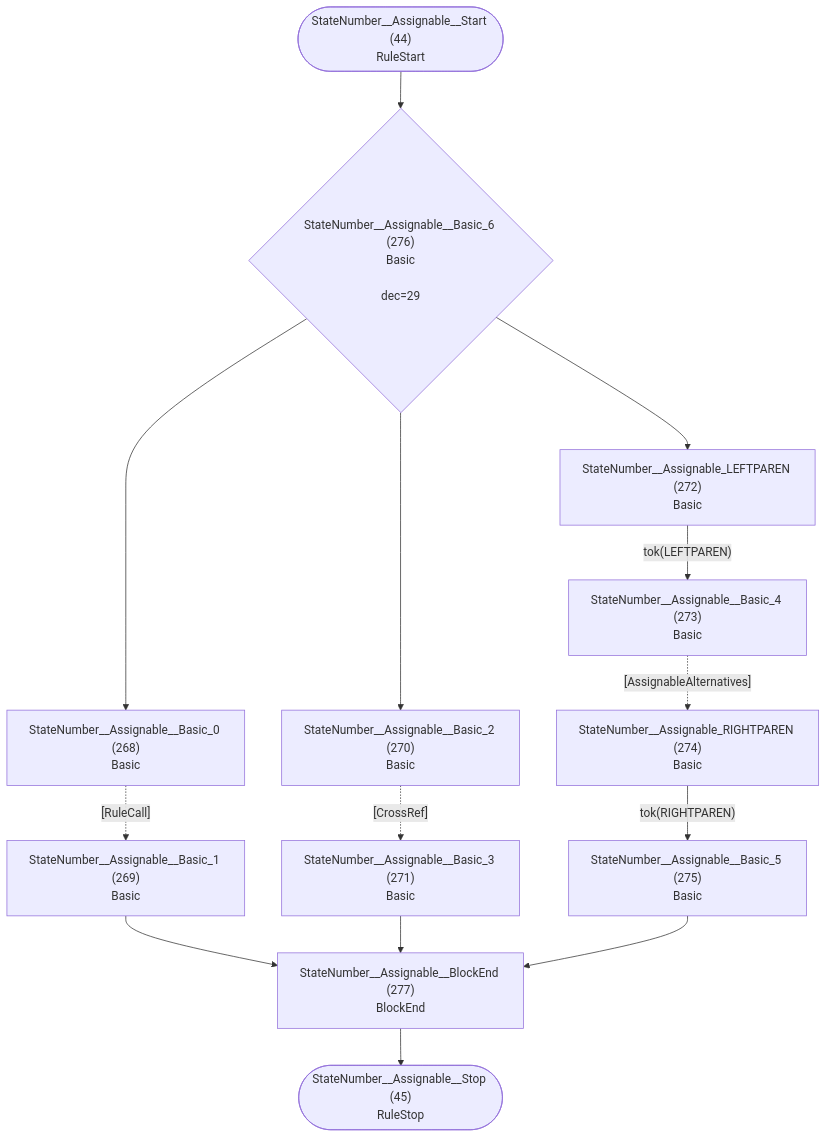
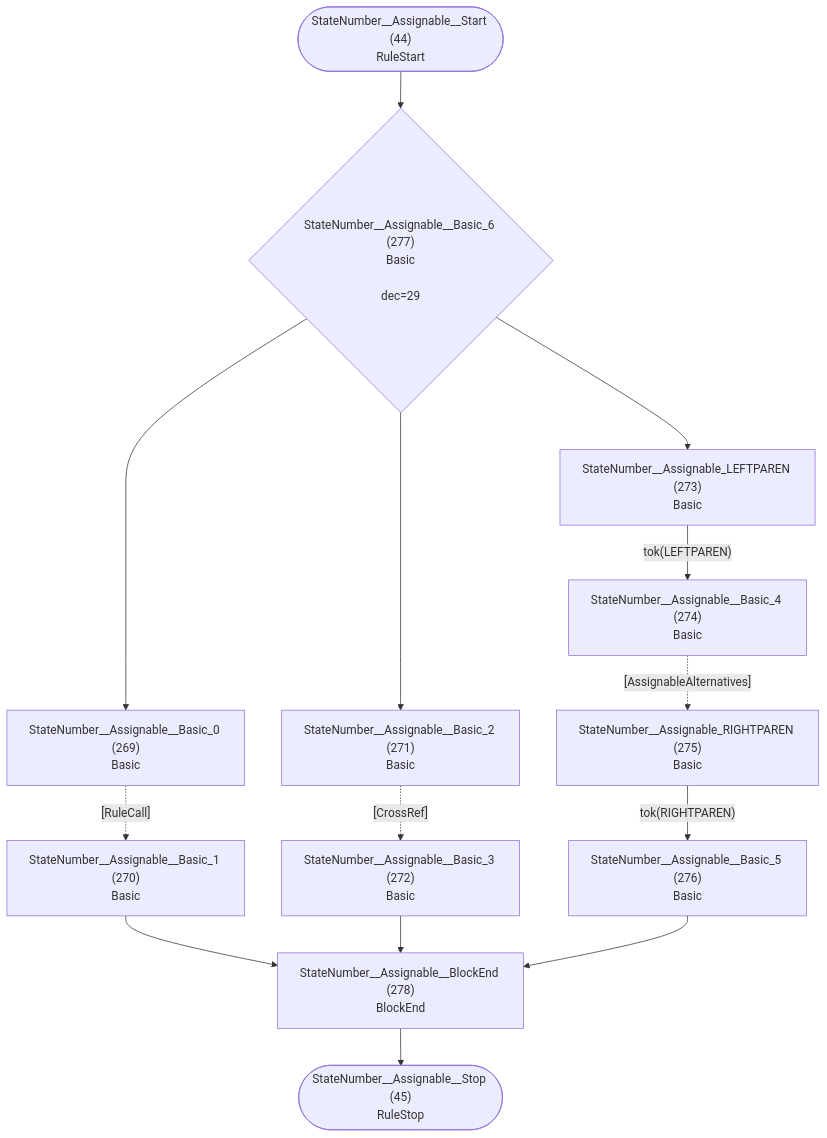
Diagram 23 of 32 in internal/grammar/atn.md (TypeFox/fastbelt), drawn with Mermaid before and after one commit. The commit also changed other lines of this file and 6 other files, not shown here.

````diff
--- a/internal/grammar/atn.md
+++ b/internal/grammar/atn.md
@@ -675,29 +677,29 @@
 ```mermaid
 flowchart TD
     q44(["StateNumber__Assignable__Start (44)<br/>RuleStart"])
     q45(["StateNumber__Assignable__Stop (45)<br/>RuleStop"])
-    q268["StateNumber__Assignable__Basic_0 (268)<br/>Basic<br/>"]
-    q269["StateNumber__Assignable__Basic_1 (269)<br/>Basic<br/>"]
-    q270["StateNumber__Assignable__Basic_2 (270)<br/>Basic<br/>"]
-    q271["StateNumber__Assignable__Basic_3 (271)<br/>Basic<br/>"]
-    q272["StateNumber__Assignable_LEFTPAREN (272)<br/>Basic<br/>"]
-    q273["StateNumber__Assignable__Basic_4 (273)<br/>Basic<br/>"]
-    q274["StateNumber__Assignable_RIGHTPAREN (274)<br/>Basic<br/>"]
-    q275["StateNumber__Assignable__Basic_5 (275)<br/>Basic<br/>"]
-    q276{"StateNumber__Assignable__Basic_6 (276)<br/>Basic<br/><br/>dec=29"}
-    q277["StateNumber__Assignable__BlockEnd (277)<br/>BlockEnd<br/>"]
+    q269["StateNumber__Assignable__Basic_0 (269)<br/>Basic<br/>"]
+    q270["StateNumber__Assignable__Basic_1 (270)<br/>Basic<br/>"]
+    q271["StateNumber__Assignable__Basic_2 (271)<br/>Basic<br/>"]
+    q272["StateNumber__Assignable__Basic_3 (272)<br/>Basic<br/>"]
+    q273["StateNumber__Assignable_LEFTPAREN (273)<br/>Basic<br/>"]
+    q274["StateNumber__Assignable__Basic_4 (274)<br/>Basic<br/>"]
+    q275["StateNumber__Assignable_RIGHTPAREN (275)<br/>Basic<br/>"]
+    q276["StateNumber__Assignable__Basic_5 (276)<br/>Basic<br/>"]
+    q277{"StateNumber__Assignable__Basic_6 (277)<br/>Basic<br/><br/>dec=29"}
+    q278["StateNumber__Assignable__BlockEnd (278)<br/>BlockEnd<br/>"]
 
-    q44 --> q276
-    q268 -.->|"[RuleCall]"| q269
-    q269 --> q277
-    q270 -.->|"[CrossRef]"| q271
-    q271 --> q277
-    q272 -->|"tok(LEFTPAREN)"| q273
-    q273 -.->|"[AssignableAlternatives]"| q274
-    q274 -->|"tok(RIGHTPAREN)"| q275
-    q275 --> q277
-    q276 --> q268
-    q276 --> q270
-    q276 --> q272
-    q277 --> q45
+    q44 --> q277
+    q269 -.->|"[RuleCall]"| q270
+    q270 --> q278
+    q271 -.->|"[CrossRef]"| q272
+    q272 --> q278
+    q273 -->|"tok(LEFTPAREN)"| q274
+    q274 -.->|"[AssignableAlternatives]"| q275
+    q275 -->|"tok(RIGHTPAREN)"| q276
+    q276 --> q278
+    q277 --> q269
+    q277 --> q271
+    q277 --> q273
+    q278 --> q45
 ```
````
